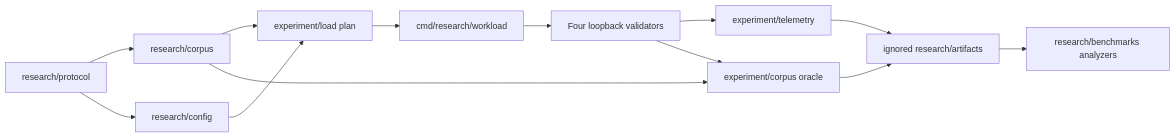
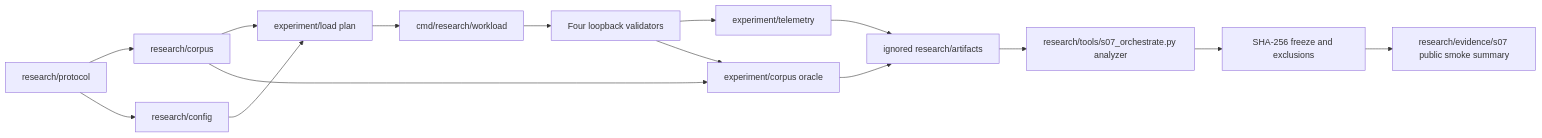
One commit to the-phong/Beam changed the diagram in docs/EXPERIMENT_FLOW.md. Above: the diagram before and after it, drawn with Mermaid. The commit also changed other lines of this file and 9 other files, not shown here.

Commit message:
docs: record S07 local smoke and partial gate evidence

````diff
--- a/docs/EXPERIMENT_FLOW.md
+++ b/docs/EXPERIMENT_FLOW.md
@@ -3,15 +3,17 @@
 ```mermaid
 flowchart LR
   P[research/protocol] --> C[research/corpus]
   P --> F[research/config]
   C --> W[experiment/load plan]
   F --> W
   W --> G[cmd/research/workload]
   G --> V[Four loopback validators]
   V --> T[experiment/telemetry]
   C --> O[experiment/corpus oracle]
   V --> O
   T --> A[ignored research/artifacts]
   O --> A
-  A --> R[research/benchmarks analyzers]
+  A --> R[research/tools/s07_orchestrate.py analyzer]
+  R --> H[SHA-256 freeze and exclusions]
+  H --> E[research/evidence/s07 public smoke summary]
 ```
````
